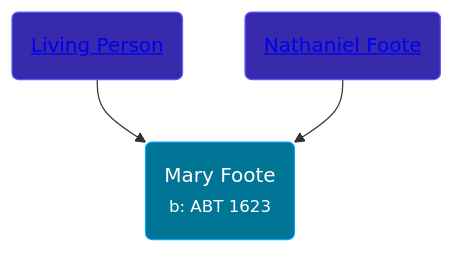
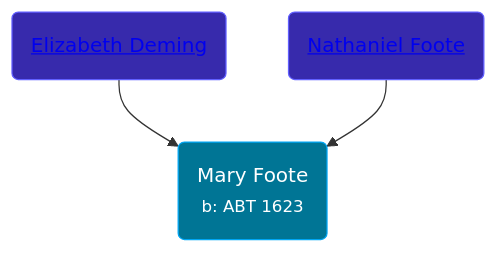
One commit to wpmgotkh/wpmgotkh.github.io changed the diagram in pages/people/2/26399744.md. Above: the diagram before and after it, drawn with Mermaid. The commit also changed other lines of this file and 586 other files, not shown here.

Commit message:
feat: better shouldConsiderPersonLiving algo

````diff
--- a/pages/people/2/26399744.md
+++ b/pages/people/2/26399744.md
@@ -10,9 +10,9 @@
 ```mermaid
 graph
 classDef grands fill:#193cb8,stroke:#2b7fff,stroke-width:1px,color:#fff;
 classDef parents fill:#372aac,stroke:#615fff,stroke-width:1px,color:#fff;
 classDef primary fill:#007595,stroke:#00a6f4,stroke-width:1px,color:#fff;
 26399744(Mary Foote<br /><small>b: ABT 1623</small>):::primary
-77201280(<a class="text-white" href="/people/7/77201280">Living Person</a>):::parents-->26399744
+77201280(<a class="text-white" href="/people/7/77201280">Elizabeth Deming</a>):::parents-->26399744
 64098820(<a class="text-white" href="/people/6/64098820">Nathaniel Foote</a>):::parents-->26399744
 ```
````
